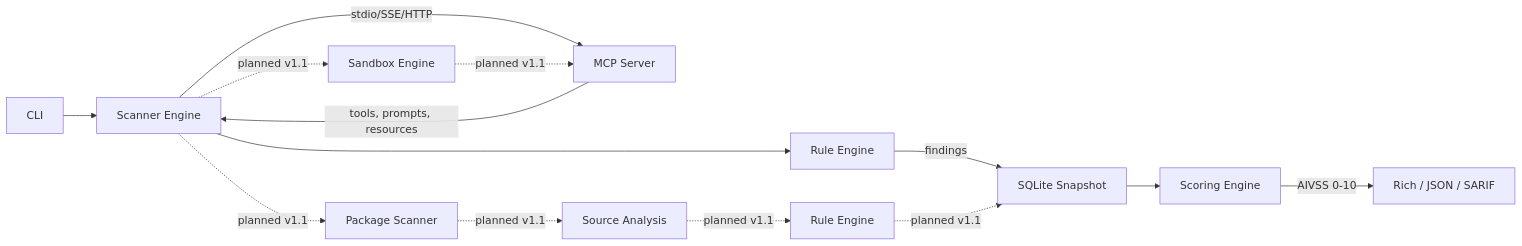
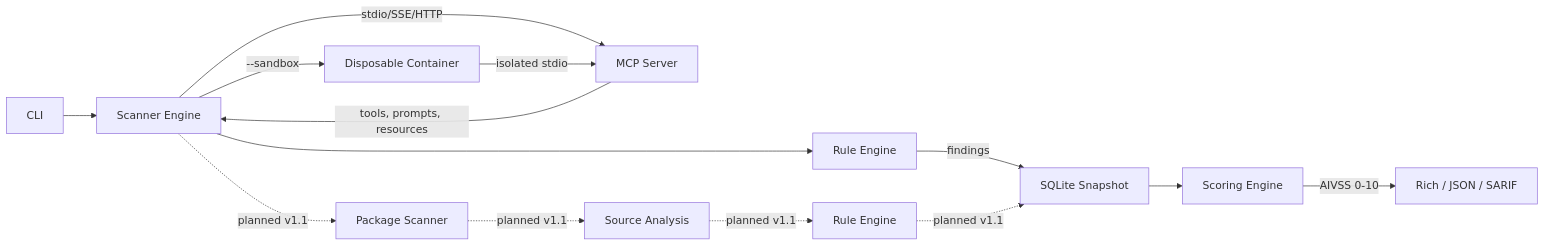
The diagram in README.md (yatuk/mcpradar), drawn with Mermaid before and after one commit. The commit also changed other lines of this file and 7 other files, not shown here.

First line of the commit message:
feat: container sandbox for isolating untrusted stdio servers (--sandbox)

````diff
--- a/README.md
+++ b/README.md
@@ -129,16 +130,16 @@
 ```mermaid
 graph LR
     A[CLI] --> B[Scanner Engine]
     B -->|stdio/SSE/HTTP| C[MCP Server]
     C -->|tools, prompts, resources| B
     B --> D[Rule Engine]
     D -->|findings| E[SQLite Snapshot]
     E --> F[Scoring Engine]
     F -->|AIVSS 0-10| G[Rich / JSON / SARIF]
+    B -->|--sandbox| H[Disposable Container]
+    H -->|isolated stdio| C
     B -.->|planned v1.1| P[Package Scanner]
     P -.->|planned v1.1| S[Source Analysis]
     S -.->|planned v1.1| D2[Rule Engine]
     D2 -.->|planned v1.1| E
-    B -.->|planned v1.1| H[Sandbox Engine]
-    H -.->|planned v1.1| C
 ```
````
